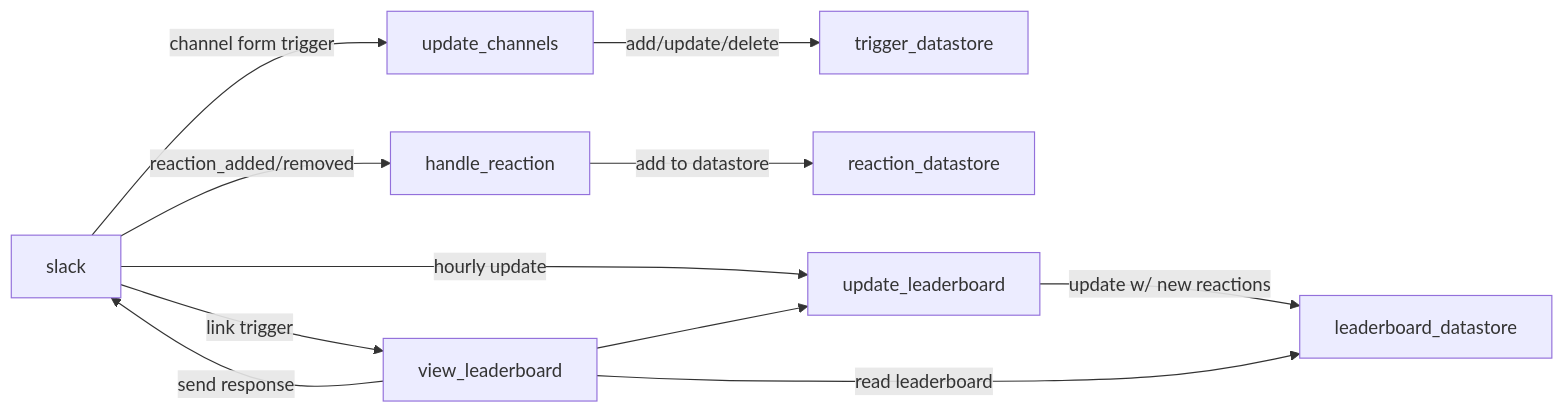
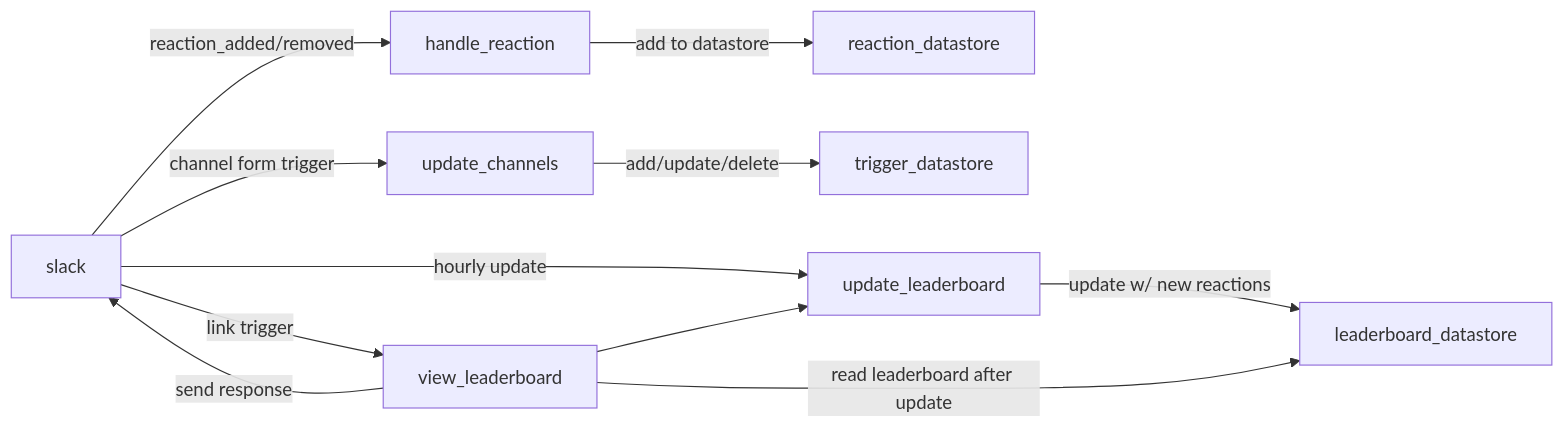
Before and after one commit to limlabs/reaction-contest: the first of 2 diagrams in docs/hld.md, drawn with Mermaid. The commit also changed other lines of this file, not shown here.

````diff
--- a/docs/hld.md
+++ b/docs/hld.md
@@ -31,12 +37,12 @@
 ```mermaid
 flowchart LR
+  slack -- reaction_added/removed --> handle_reaction
   slack -- channel form trigger --> update_channels -- add/update/delete --> trigger_datastore
-  slack -- reaction_added/removed --> handle_reaction
   slack -- "hourly update" --> update_leaderboard
   slack -- "link trigger" --> view_leaderboard
   handle_reaction -- "add to datastore" --> reaction_datastore
   update_leaderboard -- "update w/ new reactions" --> leaderboard_datastore
   view_leaderboard --> update_leaderboard
-  view_leaderboard -- "read leaderboard" --> leaderboard_datastore
+  view_leaderboard -- "read leaderboard after update" --> leaderboard_datastore
   view_leaderboard -- "send response" --> slack
 ```
````
